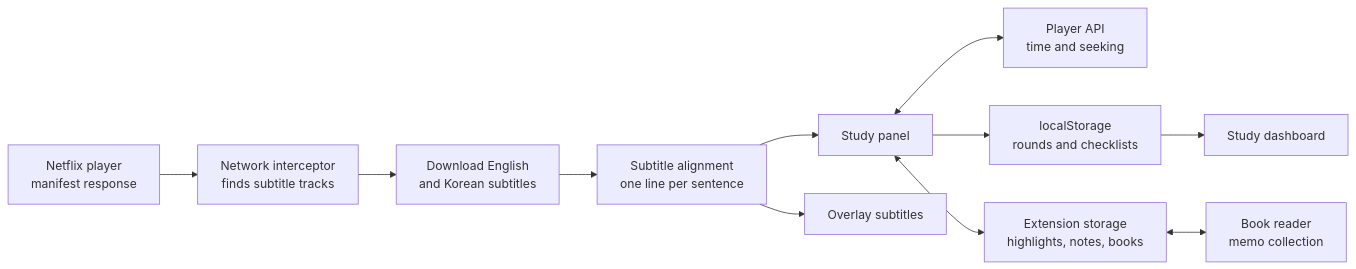
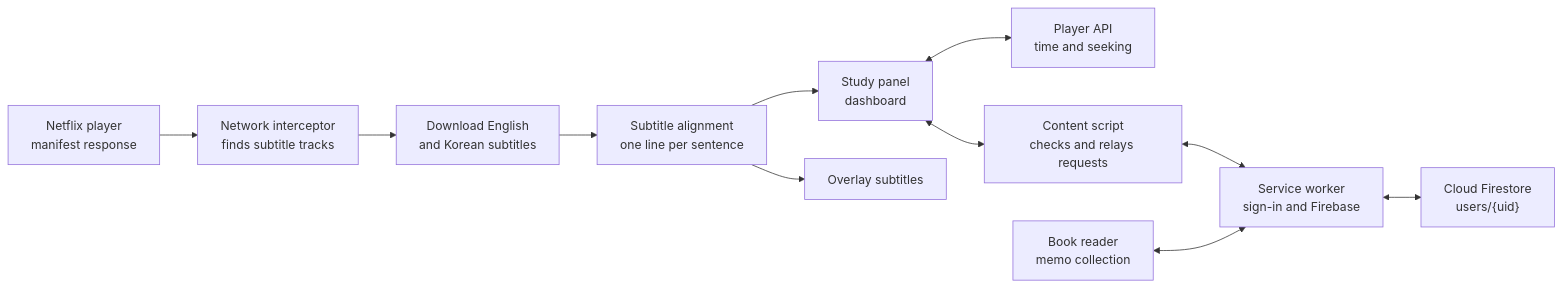
The diagram in README.en.md (mivomad33/netflix-subtitle-study), drawn with Mermaid before and after one commit. The commit also changed other lines of this file and 4 other files, not shown here.

Commit message:
Update README and DEVELOPMENT for Google sign-in and Firestore storage

````diff
--- a/README.en.md
+++ b/README.en.md
@@ -110,13 +129,13 @@
 ```mermaid
 flowchart LR
     A["Netflix player<br/>manifest response"] --> B["Network interceptor<br/>finds subtitle tracks"]
     B --> C["Download English<br/>and Korean subtitles"]
     C --> D["Subtitle alignment<br/>one line per sentence"]
-    D --> E["Study panel"]
+    D --> E["Study panel<br/>dashboard"]
     D --> F["Overlay subtitles"]
     E <--> G["Player API<br/>time and seeking"]
-    E --> H["localStorage<br/>rounds and checklists"]
-    H --> I["Study dashboard"]
-    E <--> J["Extension storage<br/>highlights, notes, books"]
-    J <--> K["Book reader<br/>memo collection"]
+    E <--> H["Content script<br/>checks and relays requests"]
+    H <--> S["Service worker<br/>sign-in and Firebase"]
+    K["Book reader<br/>memo collection"] <--> S
+    S <--> L["Cloud Firestore<br/>users/{uid}"]
 ```
````
